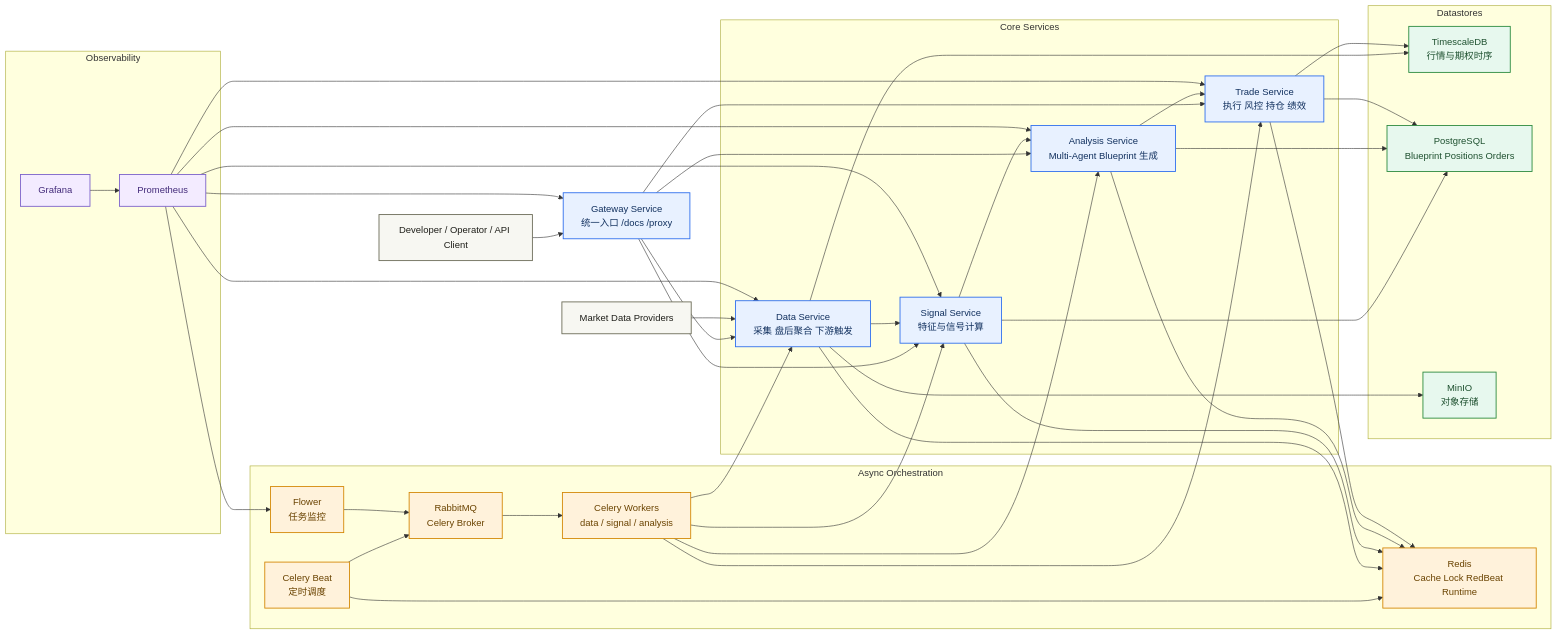
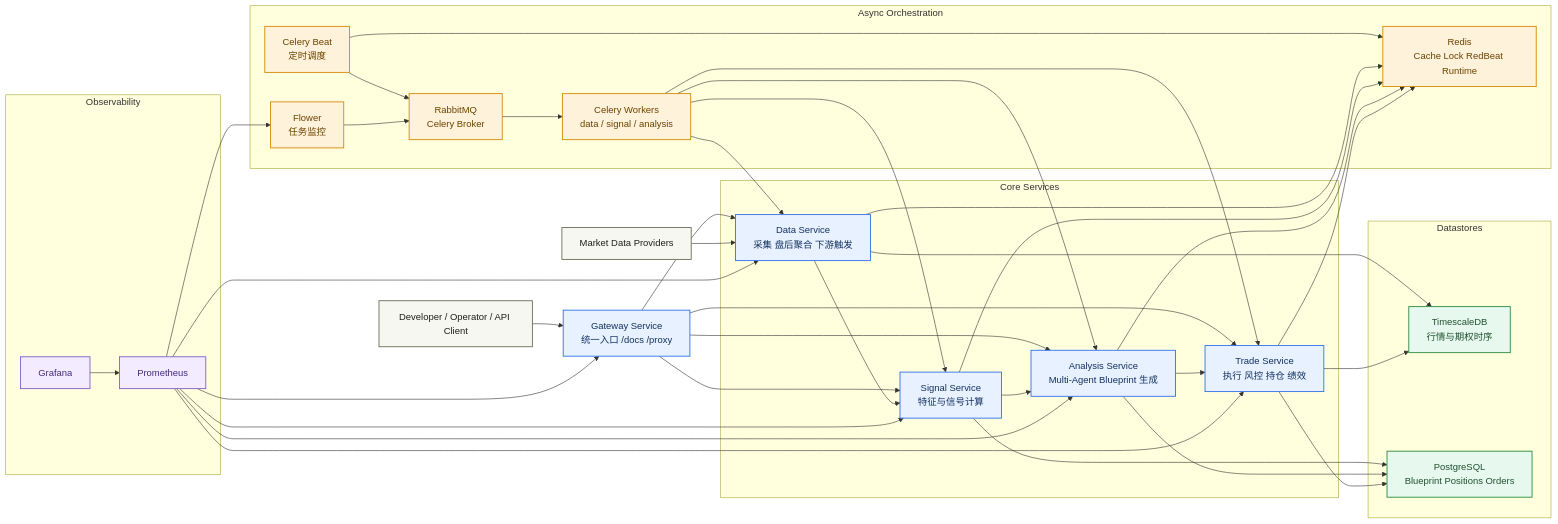
The first of 2 diagrams in README.md (AimeSoleil/algo-trader-platform), drawn with Mermaid before and after one commit. The commit also changed other lines of this file and 13 other files, not shown here.

````diff
--- a/README.md
+++ b/README.md
@@ -66,7 +66,6 @@
    subgraph storage[Datastores]
       tsdb[TimescaleDB\n行情与期权时序]
       pg[PostgreSQL\nBlueprint Positions Orders]
-      minio[MinIO\n对象存储]
    end
 
    subgraph observability[Observability]
@@ -97,7 +96,6 @@
    flower --> rabbit
 
    data --> tsdb
-   data --> minio
    signal --> pg
    analysis --> pg
    trade --> pg
@@ -124,6 +122,6 @@
    class user,market edge;
    class gateway,data,signal,analysis,trade service;
    class rabbit,redis,worker,beat,flower orchestration;
-   class tsdb,pg,minio storage;
+   class tsdb,pg storage;
    class prom,grafana observability;
 ```
````
